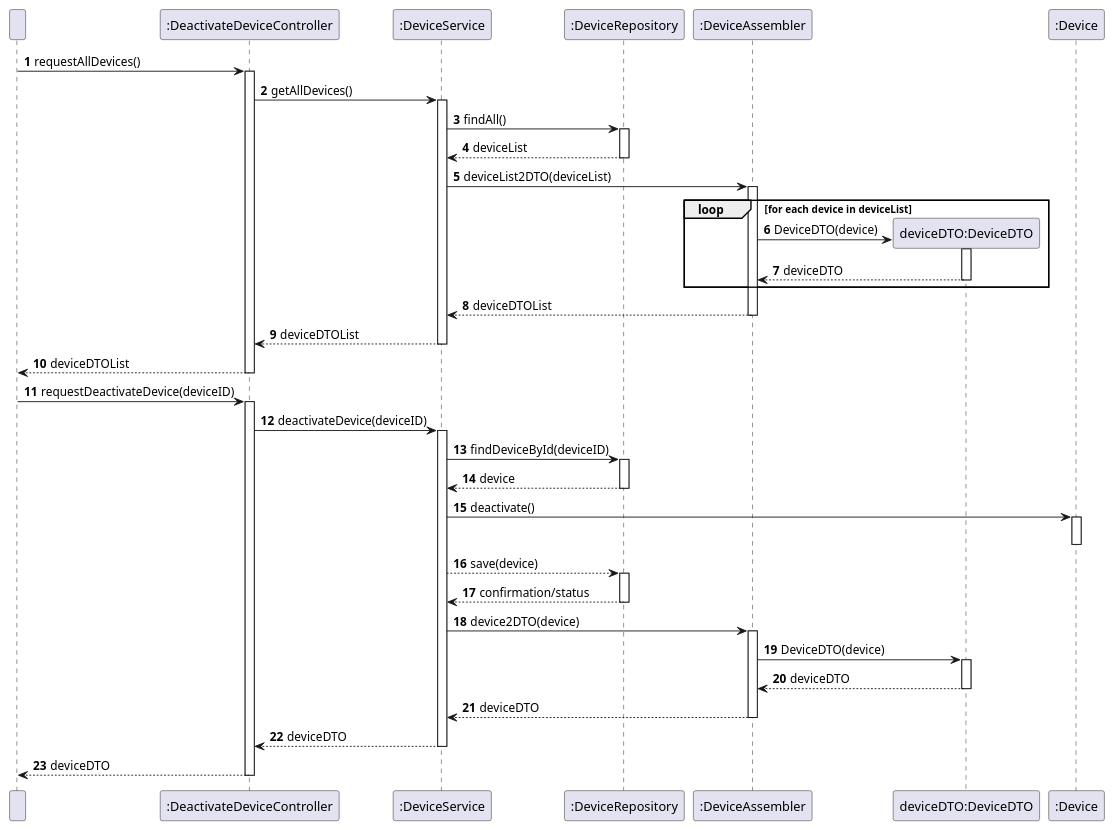
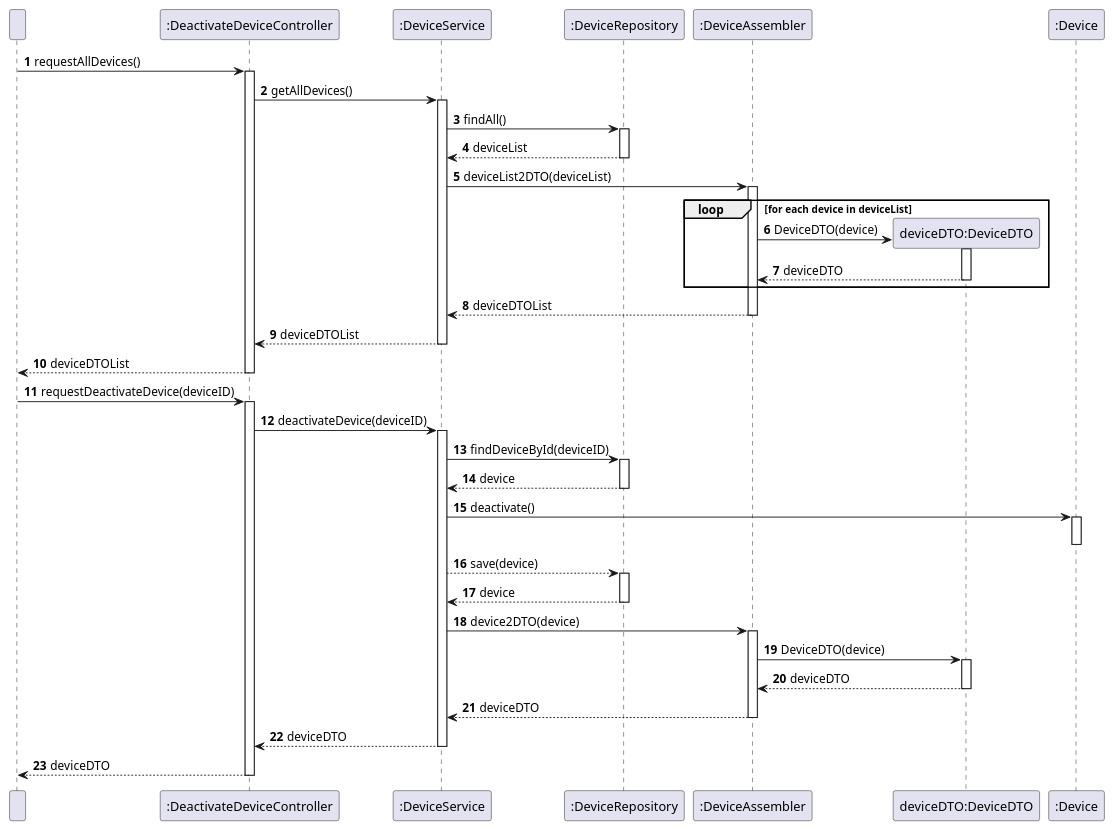
One commit to olivDiogo/SmartHome changed the diagram in docs/ood/sequenceDiagram/US08DeactivateDevice.puml. Above: the diagram before and after it, drawn with PlantUML.

Commit message:
Update: change return from  confirmation to device in the Repository in US08 SD, addresses 110

```diff
--- a/docs/ood/sequenceDiagram/US08DeactivateDevice.puml
+++ b/docs/ood/sequenceDiagram/US08DeactivateDevice.puml
@@ -1,81 +1,81 @@
 @startuml
 'https://plantuml.com/sequence-diagram
 
 autonumber
 
     participant " " as User
     participant ":DeactivateDeviceController" as Controller
     participant ":DeviceService" as Service
     participant ":DeviceRepository" as Repository
     participant ":DeviceAssembler" as Assembler
     participant "deviceDTO:DeviceDTO" as DTO
     participant ":Device" as Device
 
 ' Request all devices
 
     User -> Controller: requestAllDevices()
     activate Controller
     Controller -> Service: getAllDevices()
     activate Service
     Service -> Repository: findAll()
     activate Repository
     Repository --> Service: deviceList
     deactivate Repository
 
     Service -> Assembler: deviceList2DTO(deviceList)
     activate Assembler
     loop for each device in deviceList
         create DTO
         Assembler -> DTO: DeviceDTO(device)
         activate DTO
         DTO --> Assembler: deviceDTO
         deactivate DTO
     end
     Assembler --> Service: deviceDTOList
     deactivate Assembler
 
     Service --> Controller: deviceDTOList
     deactivate Service
     Controller --> User: deviceDTOList
     deactivate Controller
 
 ' Deactivate device
 
     User -> Controller: requestDeactivateDevice(deviceID)
     activate Controller
     Controller -> Service: deactivateDevice(deviceID)
     activate Service
     Service -> Repository: findDeviceById(deviceID)
     activate Repository
     Repository --> Service: device
     deactivate Repository
 
    Service -> Device: deactivate()
    activate Device
    ' The deactivate() method internally updates the Device's status to inactive.
    ' This is an internal detail, so the creation/modification of the status value object is not explicitly represented.
    deactivate Device
 
    Service --> Repository: save(device)
    ' Updated to save the whole device, reflecting the change in status.
    activate Repository
-   Repository --> Service: confirmation/status
+   Repository --> Service: device
    ' The Repository confirms the save operation, potentially returning a status or acknowledgment.
    deactivate Repository
 
 
     Service -> Assembler: device2DTO(device)
     activate Assembler
     Assembler -> DTO: DeviceDTO(device)
     activate DTO
     DTO --> Assembler: deviceDTO
     deactivate DTO
     Assembler --> Service: deviceDTO
     deactivate Assembler
 
     Service --> Controller: deviceDTO
     deactivate Service
     Controller --> User: deviceDTO
     deactivate Controller
 
 @enduml
```
